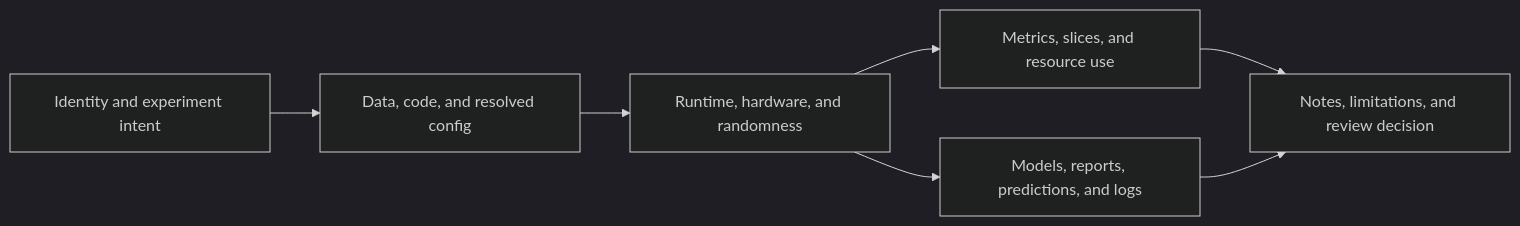
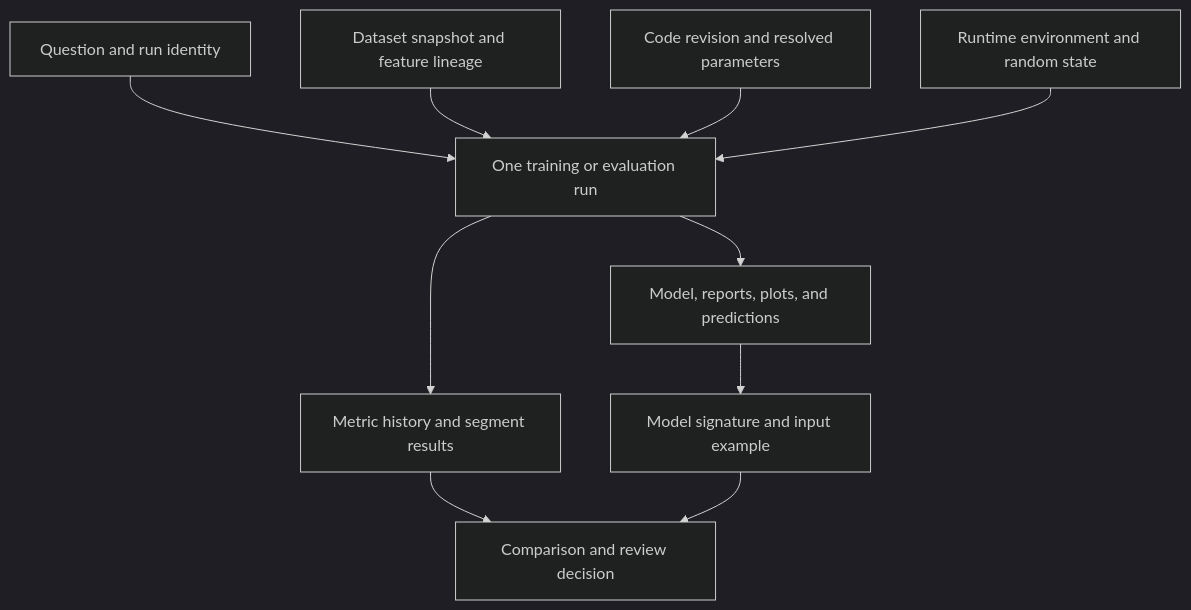
Before and after one commit to senlinyy/dev-roadmaps: the first of 4 diagrams in roadmaps/mlops/modules/experiments-and-reproducibility/experiment-tracking/02-tracking-parameters-metrics-artifacts-data-code.md, drawn with Mermaid (dark theme). The commit also changed other lines of this file and 198 other files, not shown here.

````diff
--- a/roadmaps/mlops/modules/experiments-and-reproducibility/experiment-tracking/02-tracking-parameters-metrics-artifacts-data-code.md
+++ b/roadmaps/mlops/modules/experiments-and-reproducibility/experiment-tracking/02-tracking-parameters-metrics-artifacts-data-code.md
@@ -34,9 +62,12 @@
 ```mermaid
-flowchart LR
-    Intent["Identity and experiment intent"] --> Inputs["Data, code, and resolved config"]
-    Inputs --> Execution["Runtime, hardware, and randomness"]
-    Execution --> Measures["Metrics, slices, and resource use"]
-    Execution --> Outputs["Models, reports, predictions, and logs"]
-    Measures --> Decision["Notes, limitations, and review decision"]
-    Outputs --> Decision
+flowchart TD
+    Q["Question and run identity"] --> R["One training or evaluation run"]
+    D["Dataset snapshot and feature lineage"] --> R
+    C["Code revision and resolved parameters"] --> R
+    E["Runtime environment and random state"] --> R
+    R --> M["Metric history and segment results"]
+    R --> A["Model, reports, plots, and predictions"]
+    A --> S["Model signature and input example"]
+    M --> V["Comparison and review decision"]
+    S --> V
 ```
````
